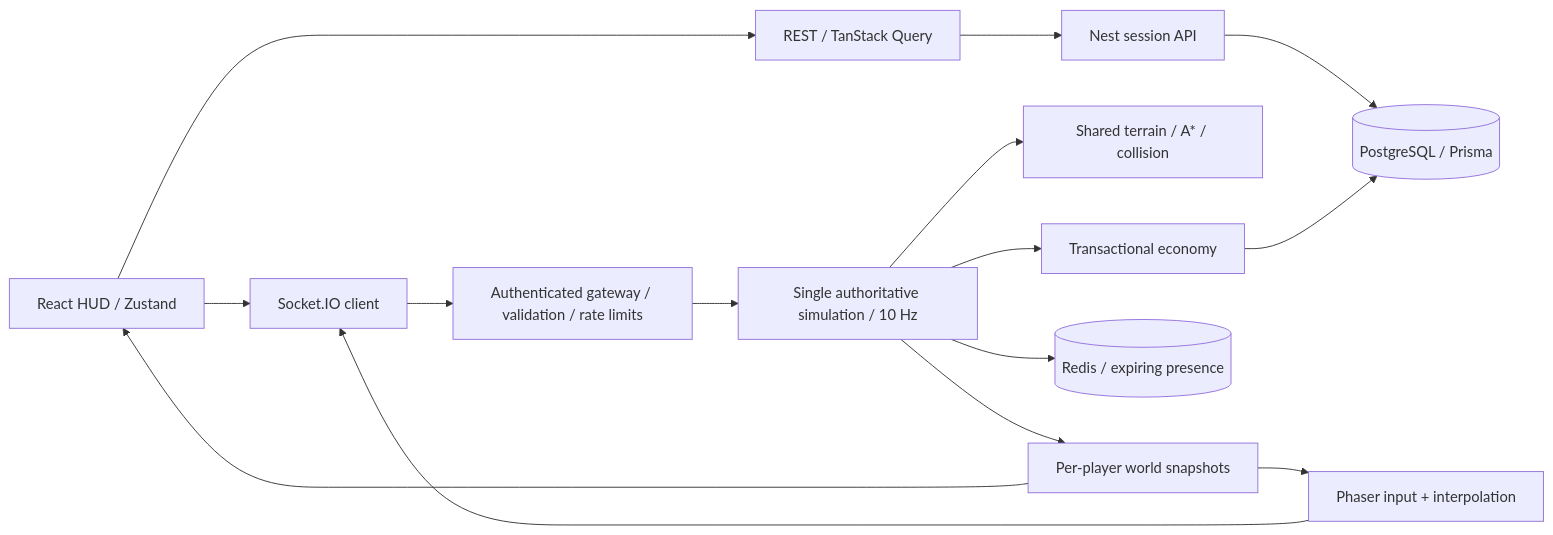
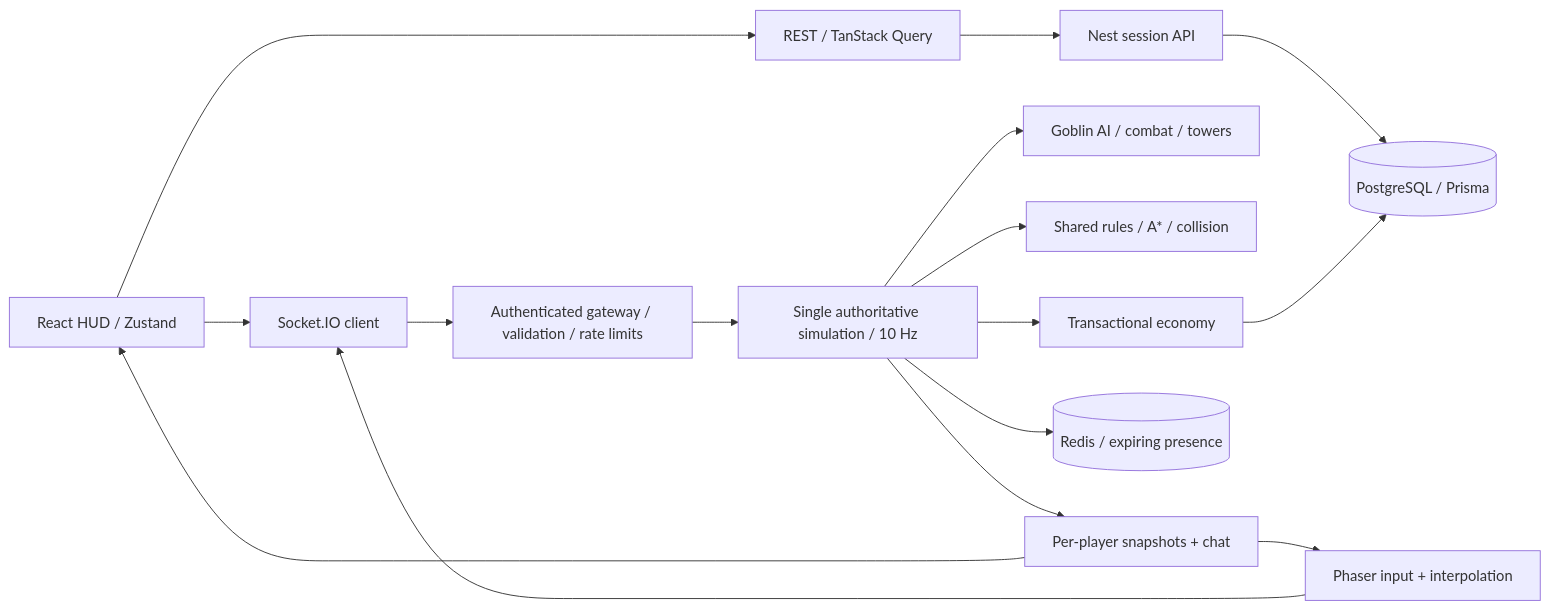
Before and after one commit to leonardoferri1/lord-of-the-logs: the diagram in README.md, drawn with Mermaid. The commit also changed other lines of this file and 15 other files, not shown here.

First line of the commit message:
feat(server): simulate goblins, combat, quests, trade and chat on world v2

````diff
--- a/README.md
+++ b/README.md
@@ -85,17 +102,18 @@
 ```mermaid
 flowchart LR
   UI[React HUD / Zustand] --> Transport[Socket.IO client]
   Phaser[Phaser input + interpolation] --> Transport
   UI --> REST[REST / TanStack Query]
   REST --> Sessions[Nest session API]
   Transport --> Gateway[Authenticated gateway / validation / rate limits]
   Gateway --> Simulation[Single authoritative simulation / 10 Hz]
-  Simulation --> Domain[Shared terrain / A* / collision]
+  Simulation --> Mobs[Goblin AI / combat / towers]
+  Simulation --> Domain[Shared rules / A* / collision]
   Simulation --> Economy[Transactional economy]
   Sessions --> DB[(PostgreSQL / Prisma)]
   Economy --> DB
   Simulation --> Redis[(Redis / expiring presence)]
-  Simulation --> Snapshots[Per-player world snapshots]
+  Simulation --> Snapshots[Per-player snapshots + chat]
   Snapshots --> UI
   Snapshots --> Phaser
 ```
````
